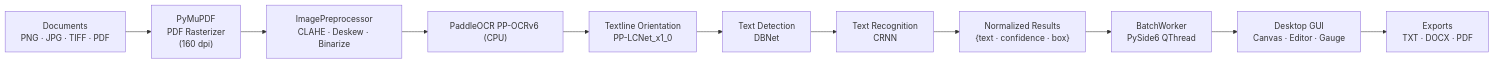
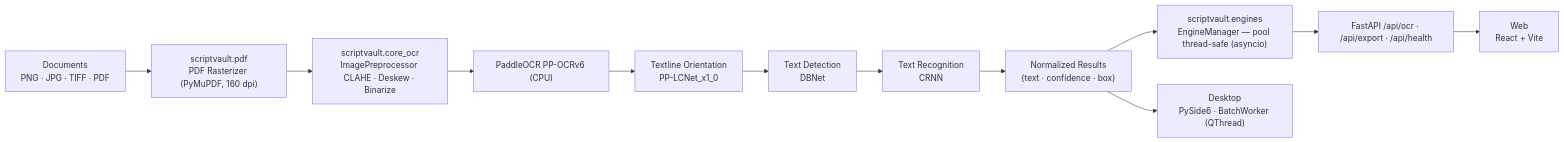
One commit to Omar-khecharem/ScriptVaultOcr changed the diagram in README.md. Above: the diagram before and after it, drawn with Mermaid. The commit also changed other lines of this file and 41 other files, not shown here.

First line of the commit message:
feat: restructure into backend/web/desktop monorepo with FastAPI server

````diff
--- a/README.md
+++ b/README.md
@@ -79,13 +59,14 @@
 ```mermaid
 flowchart LR
-    A["Documents<br/>PNG · JPG · TIFF · PDF"] --> B["PyMuPDF<br/>PDF Rasterizer<br/>(160 dpi)"]
-    B --> C["ImagePreprocessor<br/>CLAHE · Deskew · Binarize"]
+    A["Documents<br/>PNG · JPG · TIFF · PDF"] --> B["scriptvault.pdf<br/>PDF Rasterizer (PyMuPDF, 160 dpi)"]
+    B --> C["scriptvault.core_ocr<br/>ImagePreprocessor CLAHE · Deskew · Binarize"]
     C --> D["PaddleOCR PP-OCRv6 (CPU)"]
     D --> E["Textline Orientation<br/>PP-LCNet_x1_0"]
     E --> F["Text Detection<br/>DBNet"]
     F --> G["Text Recognition<br/>CRNN"]
     G --> H["Normalized Results<br/>{text · confidence · box}"]
-    H --> I["BatchWorker<br/>PySide6 QThread"]
-    I --> J["Desktop GUI<br/>Canvas · Editor · Gauge"]
-    J --> K["Exports<br/>TXT · DOCX · PDF"]
+    H --> I["scriptvault.engines<br/>EngineManager — pool thread-safe (asyncio)"]
+    I --> J["FastAPI /api/ocr · /api/export · /api/health"]
+    J --> K["Web<br/>React + Vite"]
+    H --> L["Desktop<br/>PySide6 · BatchWorker (QThread)"]
 ```
````
